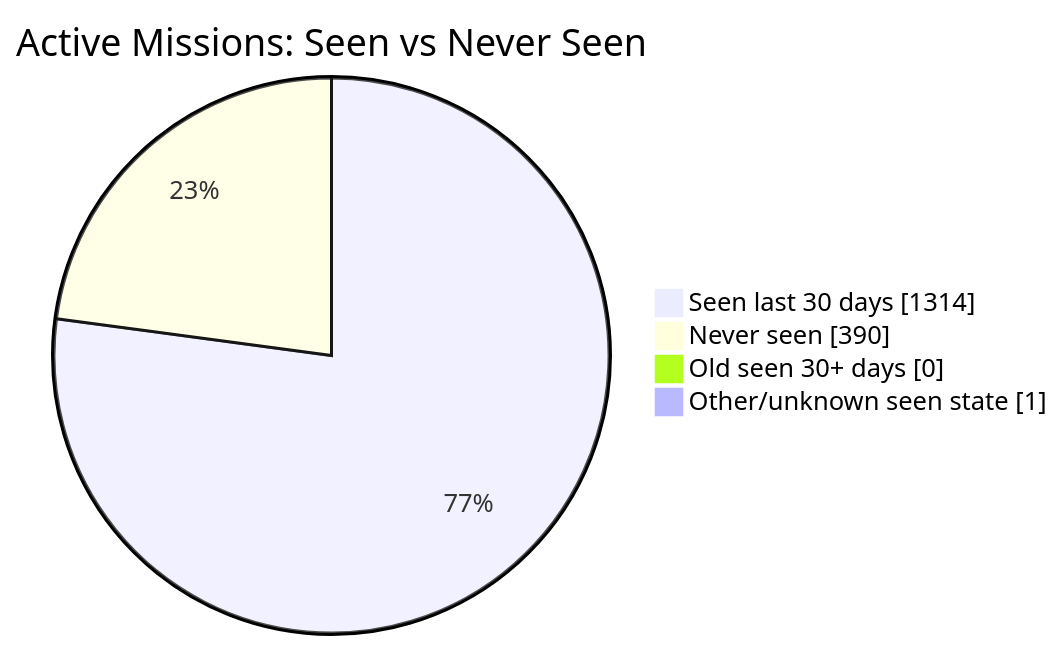
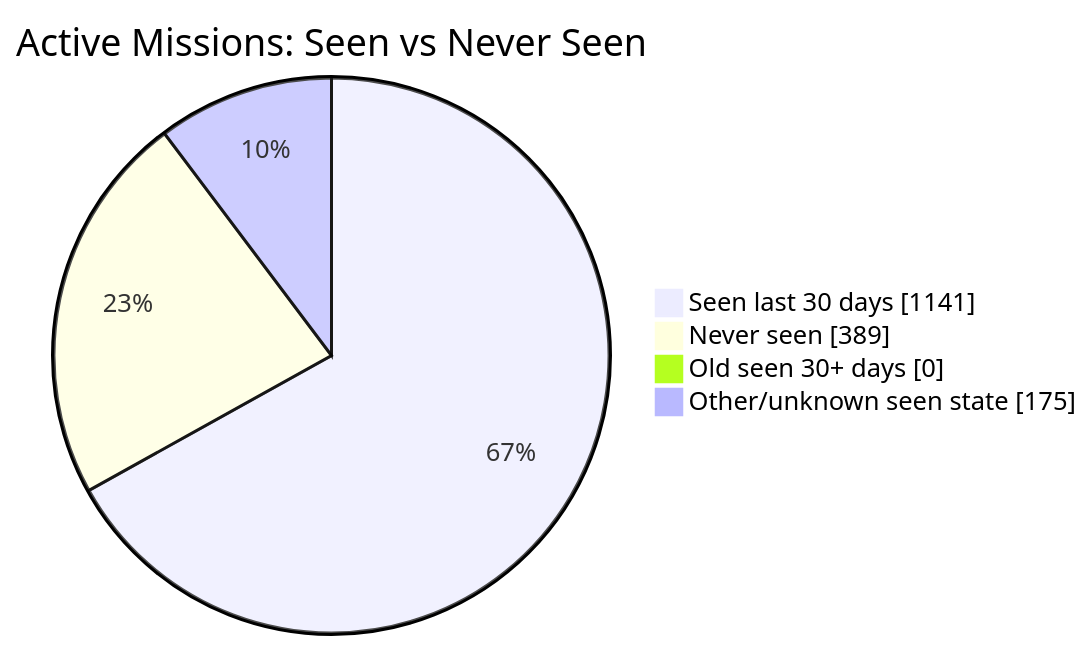
One commit to MeldkamerspelGameTeam/active-missions changed the first of 2 diagrams in README.md. Above: the diagram before and after it, drawn with Mermaid. The commit also changed other lines of this file and 2 other files, not shown here.

````diff
--- a/README.md
+++ b/README.md
@@ -34,8 +34,8 @@
 ```mermaid
 pie showData
     title Active Missions: Seen vs Never Seen
-    "Seen last 30 days" : 1314
-    "Never seen" : 390
+    "Seen last 30 days" : 1141
+    "Never seen" : 389
     "Old seen 30+ days" : 0
-    "Other/unknown seen state" : 1
+    "Other/unknown seen state" : 175
 ```
````
